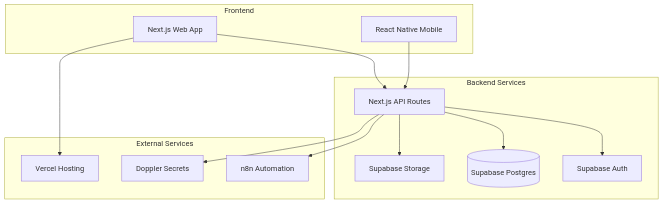
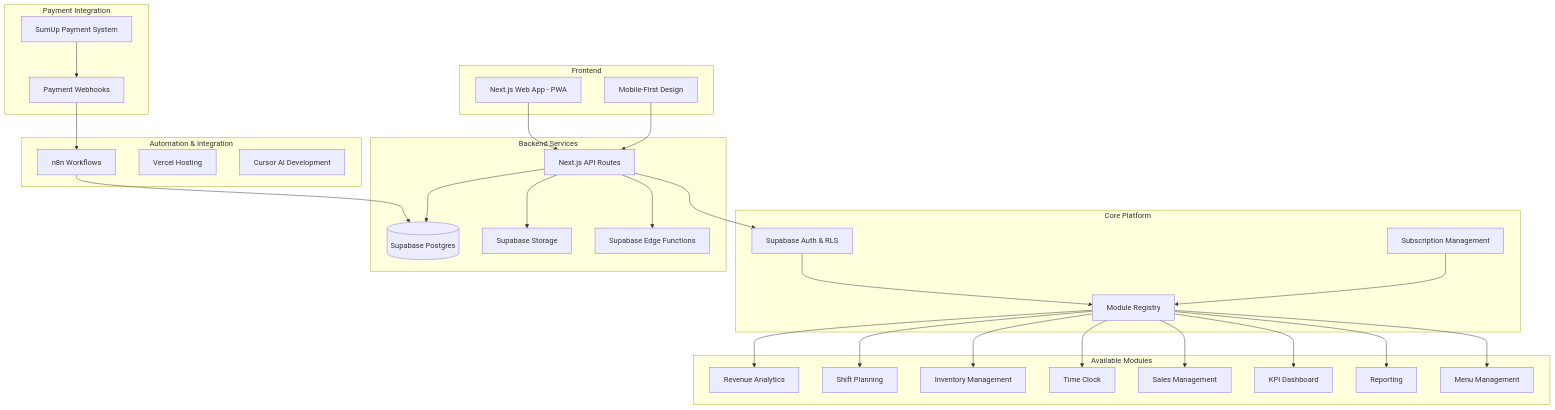
The first of 4 diagrams in docs/pages/architecture.mdx (jakobhahn/manage_side), drawn with Mermaid before and after one commit. The commit also changed other lines of this file and 5 other files, not shown here.

````diff
--- a/docs/pages/architecture.mdx
+++ b/docs/pages/architecture.mdx
@@ -9,29 +9,62 @@
 ```mermaid
 graph TB
+    subgraph "Payment Integration"
+        SumUp[SumUp Payment System]
+        Webhook[Payment Webhooks]
+    end
+    
     subgraph "Frontend"
-        Web[Next.js Web App]
-        Mobile[React Native Mobile]
+        Web[Next.js Web App - PWA]
+        Mobile[Mobile-First Design]
+    end
+    
+    subgraph "Core Platform"
+        Auth[Supabase Auth & RLS]
+        Modules[Module Registry]
+        Billing[Subscription Management]
     end
     
     subgraph "Backend Services"
         API[Next.js API Routes]
-        Auth[Supabase Auth]
         DB[(Supabase Postgres)]
         Storage[Supabase Storage]
+        Edge[Supabase Edge Functions]
     end
     
-    subgraph "External Services"
-        n8n[n8n Automation]
+    subgraph "Automation & Integration"
+        n8n[n8n Workflows]
         Vercel[Vercel Hosting]
-        Doppler[Doppler Secrets]
+        Cursor[Cursor AI Development]
     end
     
+    subgraph "Available Modules"
+        Revenue[Revenue Analytics]
+        Schedule[Shift Planning]
+        Inventory[Inventory Management]
+        TimeClock[Time Clock]
+        Sales[Sales Management]
+        KPIs[KPI Dashboard]
+        Reports[Reporting]
+        Menu[Menu Management]
+    end
+    
+    SumUp --> Webhook
+    Webhook --> n8n
+    n8n --> DB
     Web --> API
     Mobile --> API
     API --> Auth
     API --> DB
     API --> Storage
-    API --> n8n
-    Web --> Vercel
-    API --> Doppler
+    API --> Edge
+    Auth --> Modules
+    Billing --> Modules
+    Modules --> Revenue
+    Modules --> Schedule
+    Modules --> Inventory
+    Modules --> TimeClock
+    Modules --> Sales
+    Modules --> KPIs
+    Modules --> Reports
+    Modules --> Menu
 ```
````
